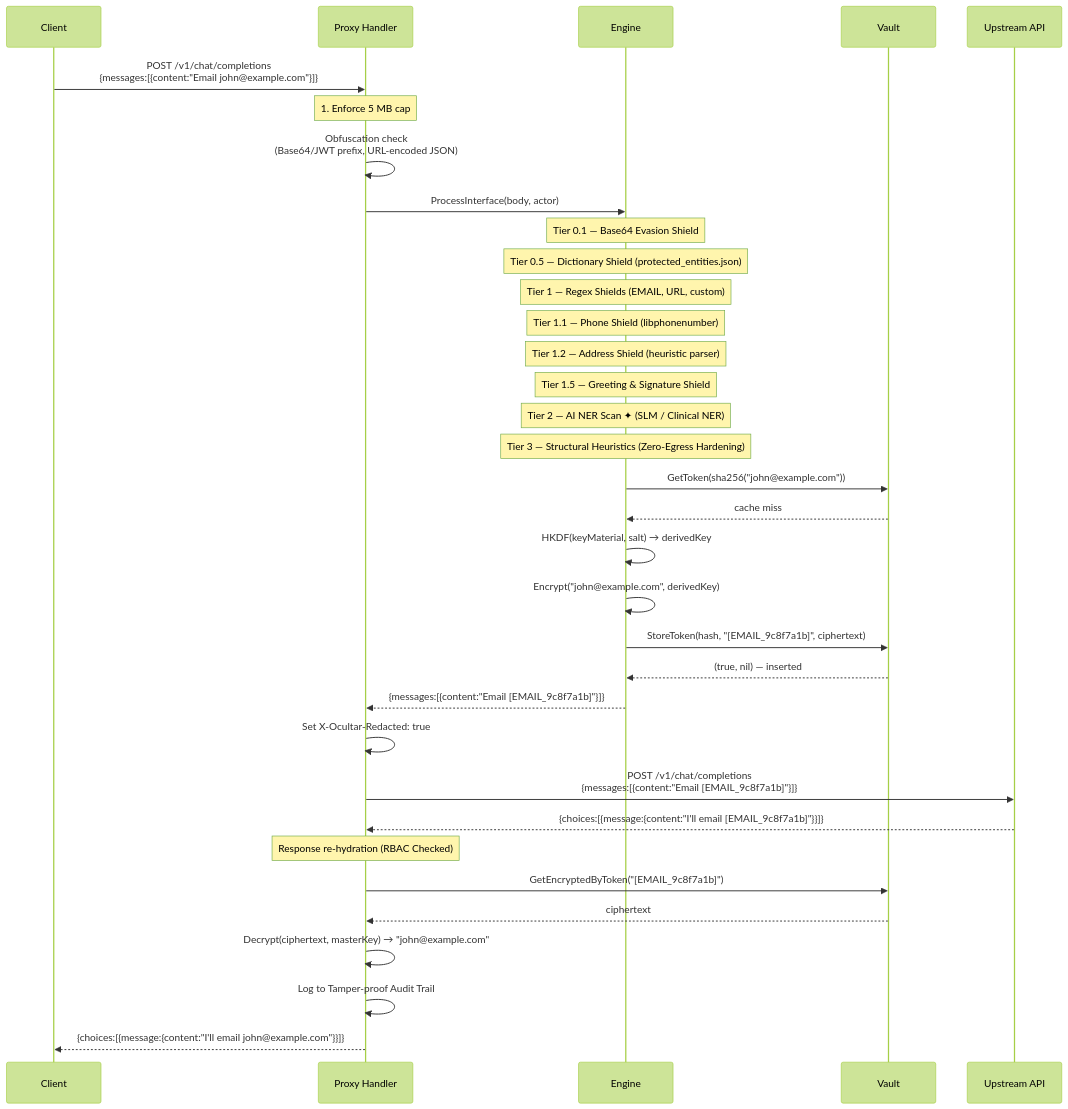
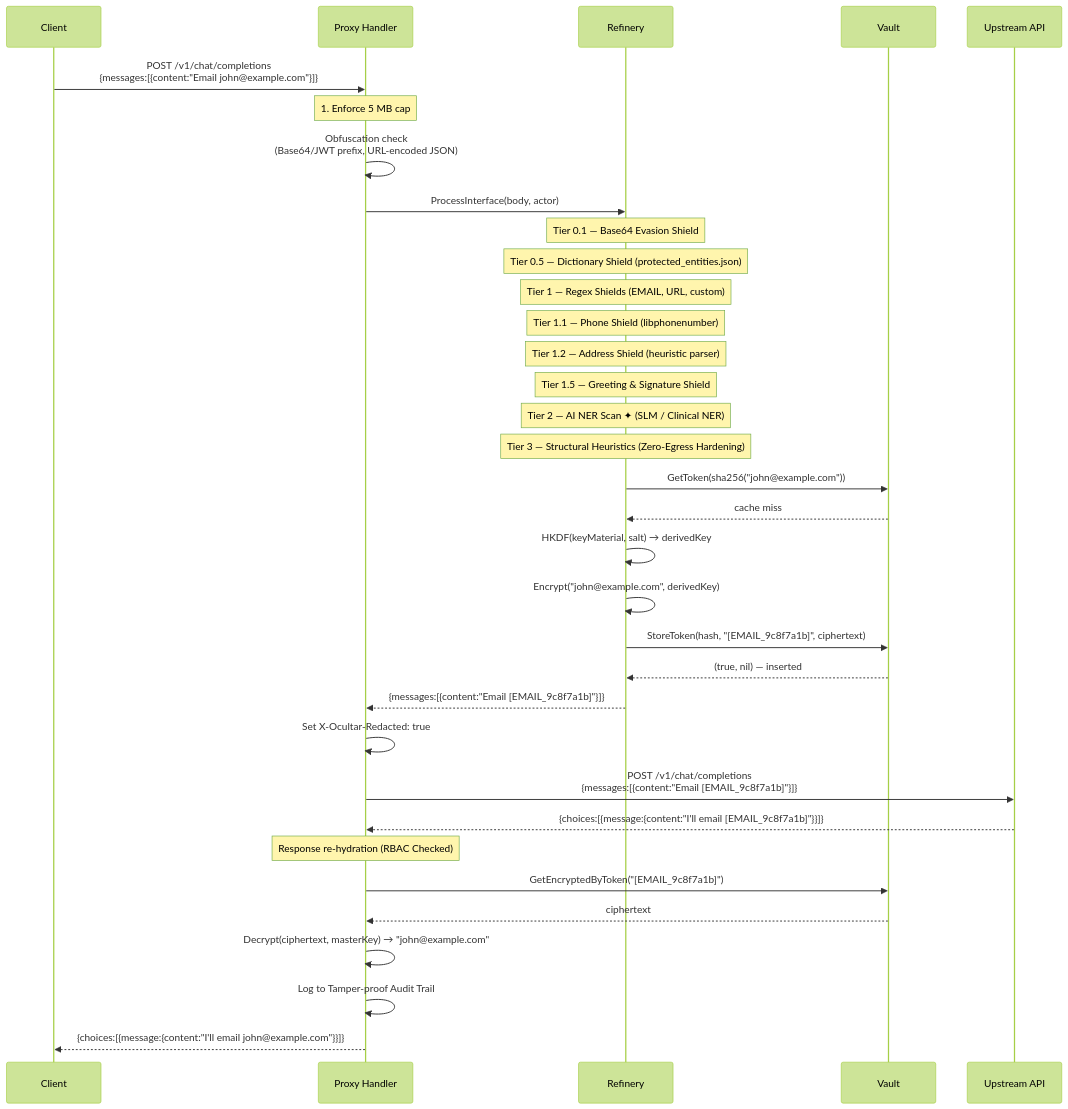
The third of 5 diagrams in docs/ARCHITECTURE.md (Edu963/ocultar), drawn with Mermaid (forest theme) before and after one commit. The commit also changed other lines of this file and 136 other files, not shown here.

Commit message:
refactor: Migrate core engine service to the new refinery service, updating associated extensions, documentation, and agent skills.

````diff
--- a/docs/ARCHITECTURE.md
+++ b/docs/ARCHITECTURE.md
@@ -101,45 +101,45 @@
 ```mermaid
 sequenceDiagram
     participant C as Client
     participant P as Proxy Handler
-    participant E as Engine
+    participant E as Refinery
     participant V as Vault
     participant U as Upstream API
 
     C->>P: POST /v1/chat/completions<br/>{messages:[{content:"Email john@example.com"}]}
 
     Note over P: 1. Enforce 5 MB cap
     P->>P: Obfuscation check<br/>(Base64/JWT prefix, URL-encoded JSON)
 
     P->>E: ProcessInterface(body, actor)
 
     Note over E: Tier 0.1 — Base64 Evasion Shield
     Note over E: Tier 0.5 — Dictionary Shield (protected_entities.json)
     Note over E: Tier 1 — Regex Shields (EMAIL, URL, custom)
     Note over E: Tier 1.1 — Phone Shield (libphonenumber)
     Note over E: Tier 1.2 — Address Shield (heuristic parser)
     Note over E: Tier 1.5 — Greeting & Signature Shield
     Note over E: Tier 2 — AI NER Scan ✦ (SLM / Clinical NER)
     Note over E: Tier 3 — Structural Heuristics (Zero-Egress Hardening)
 
     E->>V: GetToken(sha256("john@example.com"))
     V-->>E: cache miss
     E->>E: HKDF(keyMaterial, salt) → derivedKey
     E->>E: Encrypt("john@example.com", derivedKey)
     E->>V: StoreToken(hash, "[EMAIL_9c8f7a1b]", ciphertext)
     V-->>E: (true, nil) — inserted
 
     E-->>P: {messages:[{content:"Email [EMAIL_9c8f7a1b]"}]}
 
     P->>P: Set X-Ocultar-Redacted: true
     P->>U: POST /v1/chat/completions<br/>{messages:[{content:"Email [EMAIL_9c8f7a1b]"}]}
     U-->>P: {choices:[{message:{content:"I'll email [EMAIL_9c8f7a1b]"}}]}
 
     Note over P: Response re-hydration (RBAC Checked)
     P->>V: GetEncryptedByToken("[EMAIL_9c8f7a1b]")
     V-->>P: ciphertext
     P->>P: Decrypt(ciphertext, masterKey) → "john@example.com"
     P->>P: Log to Tamper-proof Audit Trail
 
     P-->>C: {choices:[{message:{content:"I'll email john@example.com"}}]}
 ```
````
